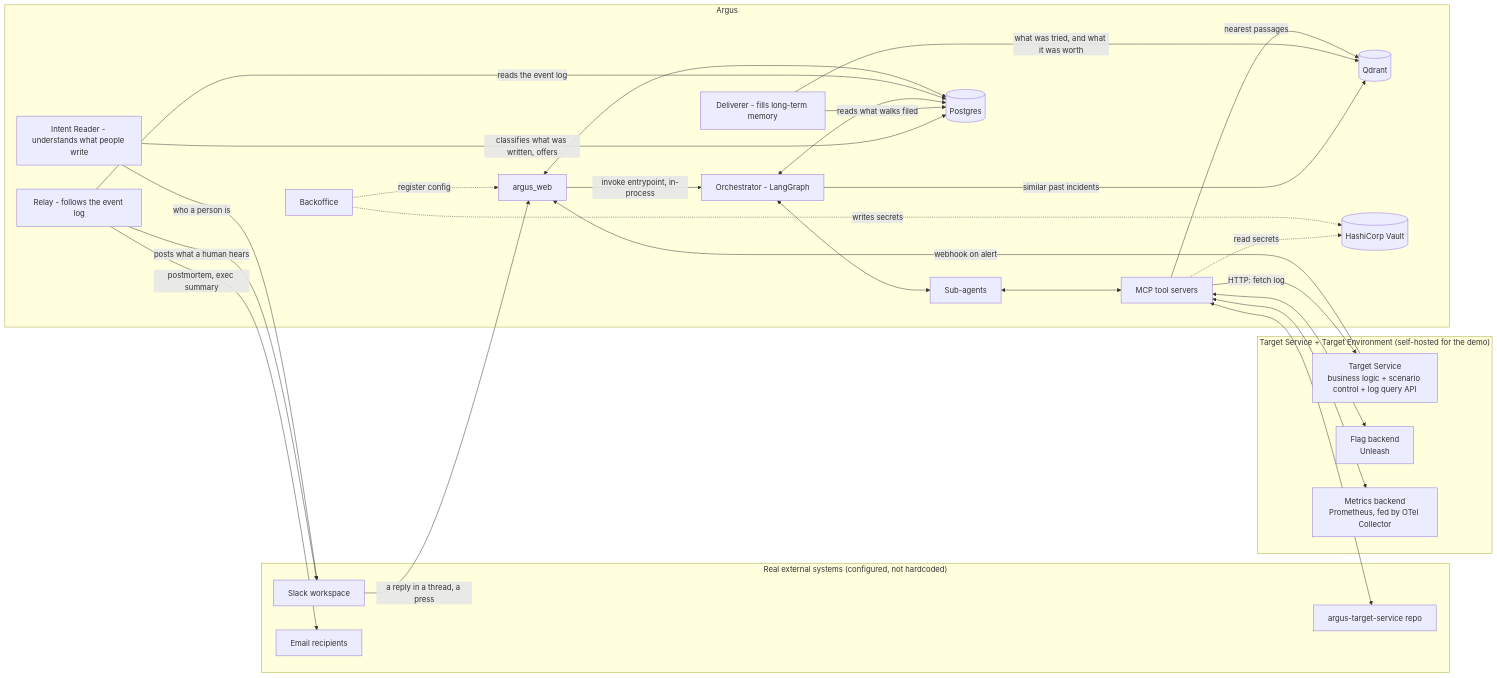
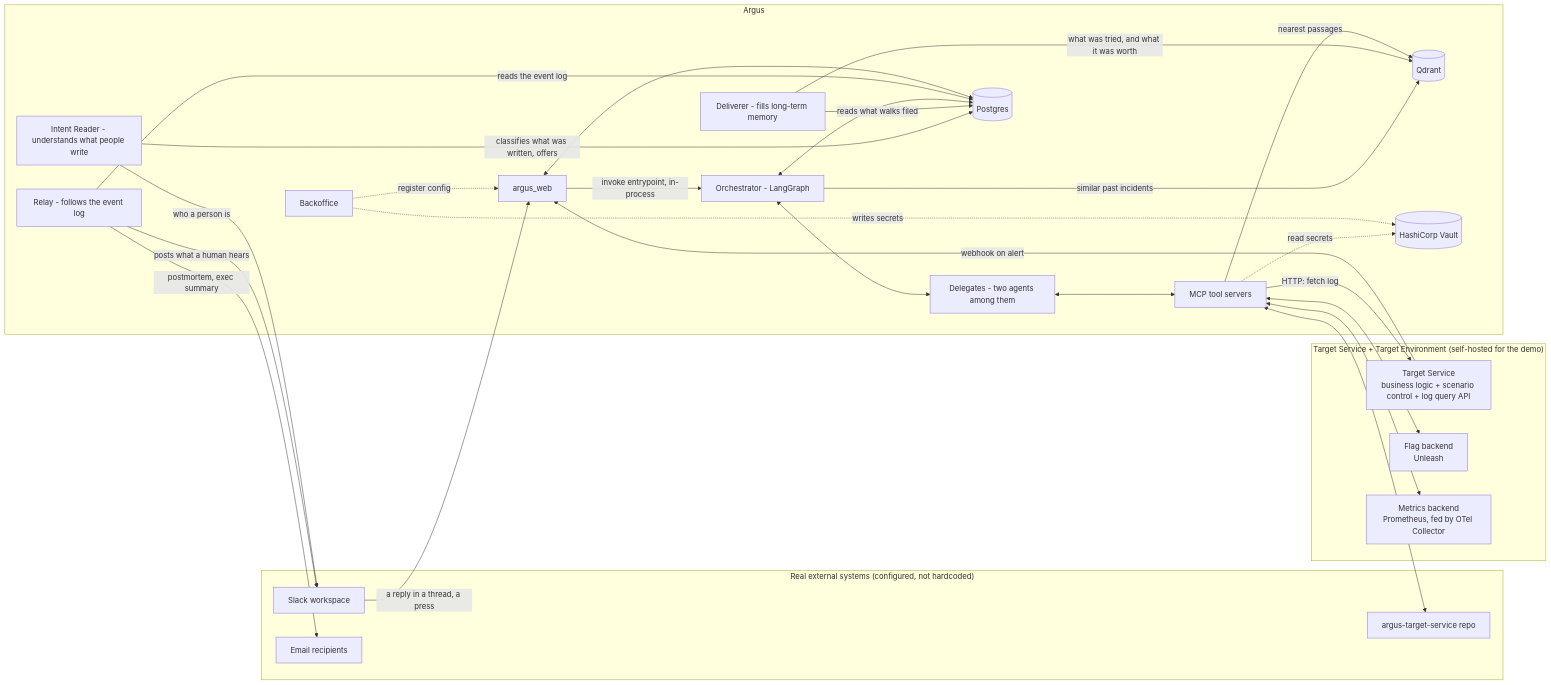
Before and after one commit to ohadraz/Argus: the first of 6 diagrams in docs/spec-and-architecture.md, drawn with Mermaid. The commit also changed other lines of this file and 99 other files, not shown here.

Commit message:
agent_investigator becomes investigation_agent, and the docs call the Orchestrator's five delegates delegates, the Investigator and Code-Fix the two agents among them

````diff
--- a/docs/spec-and-architecture.md
+++ b/docs/spec-and-architecture.md
@@ -74,52 +74,52 @@
 ```mermaid
 flowchart LR
     subgraph Real["Real external systems (configured, not hardcoded)"]
         SLK[Slack workspace]
         MAIL[Email recipients]
         GH[argus-target-service repo]
     end
 
     subgraph TargetEnv["Target Service + Target Environment (self-hosted for the demo)"]
         TS[Target Service<br/>business logic + scenario control + log query API]
         FLAGS[Flag backend<br/>Unleash]
         METRICS[Metrics backend<br/>Prometheus, fed by OTel Collector]
     end
 
     subgraph Argus["Argus"]
         WEB[argus_web]
         ORCH[Orchestrator - LangGraph]
-        AGENTS[Sub-agents]
+        AGENTS[Delegates - two agents among them]
         MCPS[MCP tool servers]
         RELAY[Relay - follows the event log]
         INTENT[Intent Reader - understands what people write]
         MEMORY[Deliverer - fills long-term memory]
         PG[(Postgres)]
         QDRANT[(Qdrant)]
         VAULT[(HashiCorp Vault)]
         BO[Backoffice]
     end
 
     TS -->|webhook on alert| WEB
     WEB -->|invoke entrypoint, in-process| ORCH
     ORCH <--> AGENTS
     AGENTS <--> MCPS
     MCPS -->|HTTP: fetch log| TS
     MCPS <--> FLAGS
     MCPS <--> METRICS
     MCPS <--> GH
     SLK -->|a reply in a thread, a press| WEB
     RELAY -->|posts what a human hears| SLK
     INTENT -->|classifies what was written, offers| PG
     INTENT -->|who a person is| SLK
     RELAY -->|postmortem, exec summary| MAIL
     ORCH -->|similar past incidents| QDRANT
     MEMORY -->|what was tried, and what it was worth| QDRANT
     MEMORY -->|reads what walks filed| PG
     MCPS -->|nearest passages| QDRANT
     ORCH <--> PG
     RELAY -->|reads the event log| PG
     MCPS -.->|read secrets| VAULT
     WEB <--> PG
     BO -.->|register config| WEB
     BO -.->|writes secrets| VAULT
 ```
````
